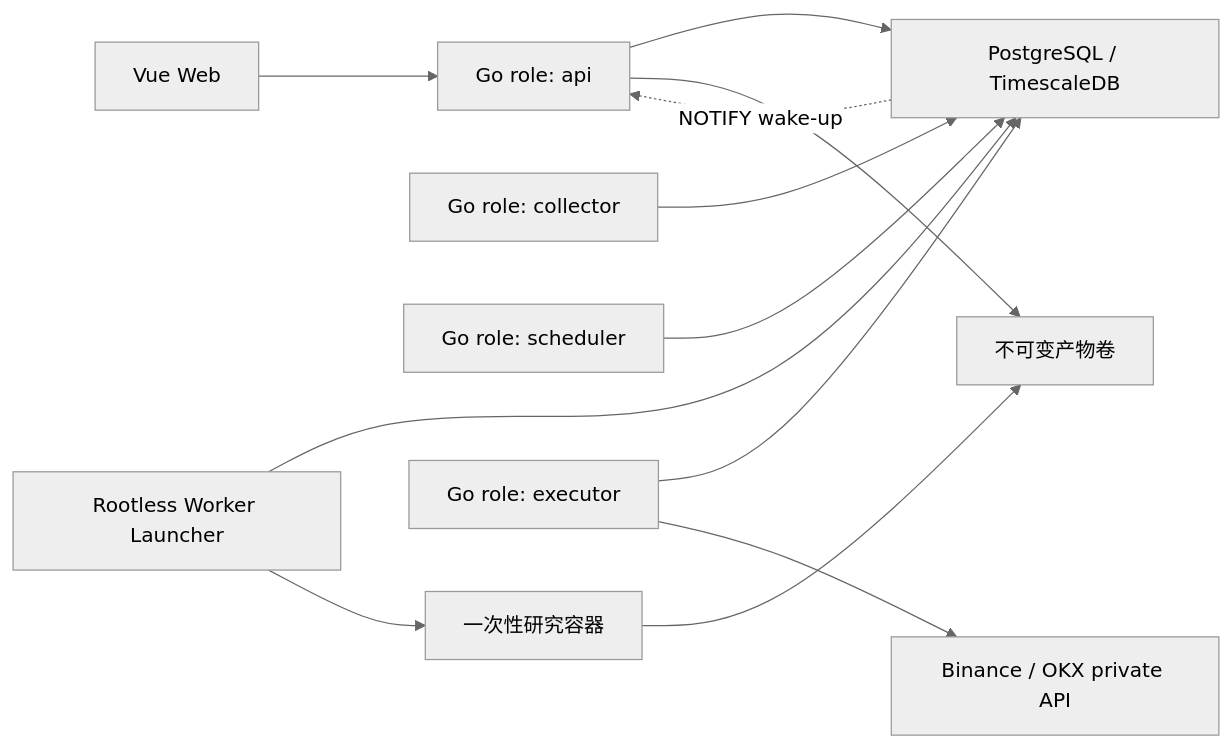
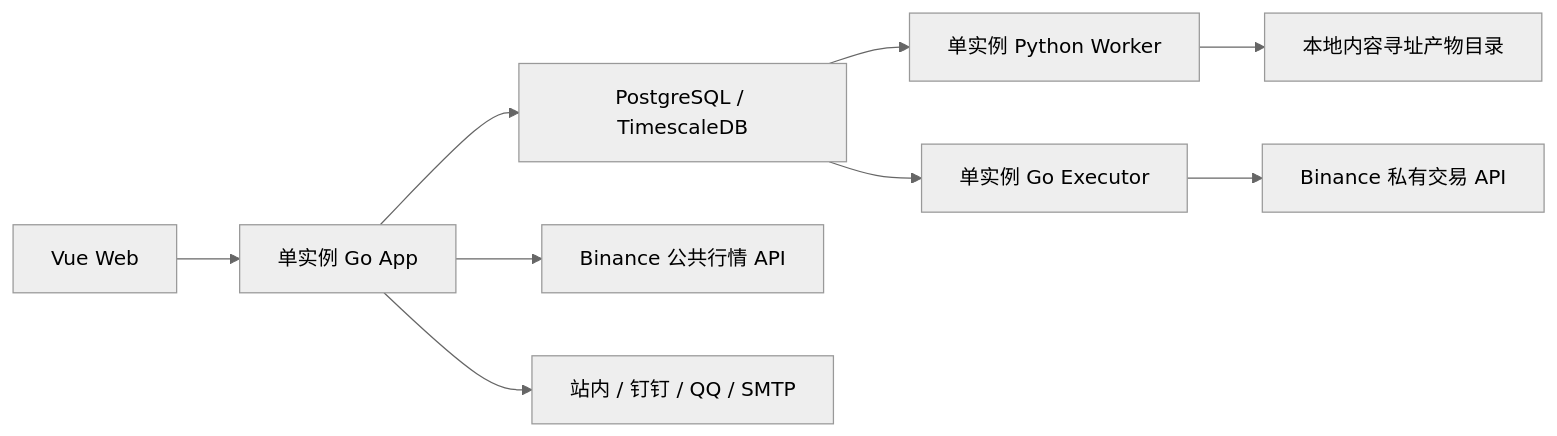
One commit to CoderLTS/coinsphere-go changed the diagram in docs/architecture/overview.md. Above: the diagram before and after it, drawn with Mermaid (neutral theme). The commit also changed other lines of this file and 19 other files, not shown here.

````diff
--- a/docs/architecture/overview.md
+++ b/docs/architecture/overview.md
@@ -21,14 +15,11 @@
 ```mermaid
 flowchart LR
-    UI["Vue Web"] --> API["Go role: api"]
-    API --> DB["PostgreSQL / TimescaleDB"]
-    COL["Go role: collector"] --> DB
-    SCH["Go role: scheduler"] --> DB
-    DB -. "NOTIFY wake-up" .-> API
-    WRK["Rootless Worker Launcher"] --> DB
-    WRK --> JOB["一次性研究容器"]
-    JOB --> DATA["不可变产物卷"]
-    API --> DATA
-    EXE["Go role: executor"] --> DB
-    EXE --> VENUE["Binance / OKX private API"]
+    UI["Vue Web"] --> APP["单实例 Go App"]
+    APP --> DB["PostgreSQL / TimescaleDB"]
+    APP --> PUBLIC["Binance 公共行情 API"]
+    APP --> CHANNELS["站内 / 钉钉 / QQ / SMTP"]
+    DB --> WORKER["单实例 Python Worker"]
+    DB --> EXECUTOR["单实例 Go Executor"]
+    EXECUTOR --> PRIVATE["Binance 私有交易 API"]
+    WORKER --> ARTIFACTS["本地内容寻址产物目录"]
 ```
````
